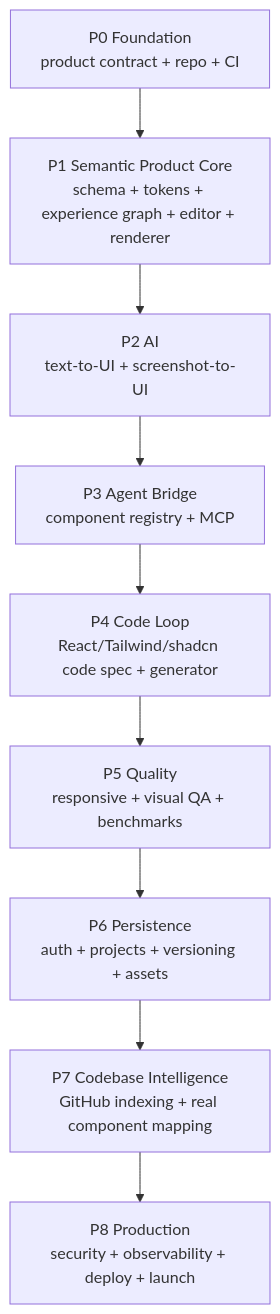
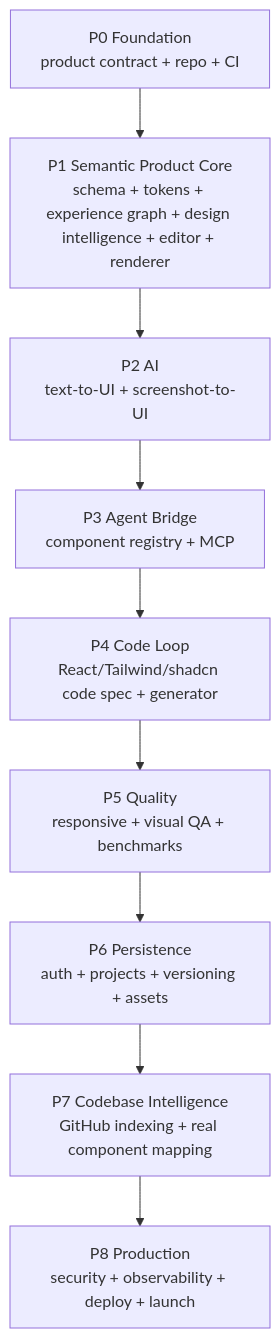
One commit to tuanpham09/UIForge changed the second of 2 diagrams in README.md. Above: the diagram before and after it, drawn with Mermaid. The commit also changed other lines of this file, not shown here.

Commit message:
docs: fix README workflow and design intelligence roadmap

````diff
--- a/README.md
+++ b/README.md
@@ -68,14 +70,14 @@
 ```mermaid
 flowchart TB
     P0["P0 Foundation<br/>product contract + repo + CI"]
-    P1["P1 Semantic Product Core<br/>schema + tokens + experience graph + editor + renderer"]
+    P1["P1 Semantic Product Core<br/>schema + tokens + experience graph + design intelligence + editor + renderer"]
     P2["P2 AI<br/>text-to-UI + screenshot-to-UI"]
     P3["P3 Agent Bridge<br/>component registry + MCP"]
     P4["P4 Code Loop<br/>React/Tailwind/shadcn code spec + generator"]
     P5["P5 Quality<br/>responsive + visual QA + benchmarks"]
     P6["P6 Persistence<br/>auth + projects + versioning + assets"]
     P7["P7 Codebase Intelligence<br/>GitHub indexing + real component mapping"]
     P8["P8 Production<br/>security + observability + deploy + launch"]
 
     P0 --> P1 --> P2 --> P3 --> P4 --> P5 --> P6 --> P7 --> P8
 ```
````
